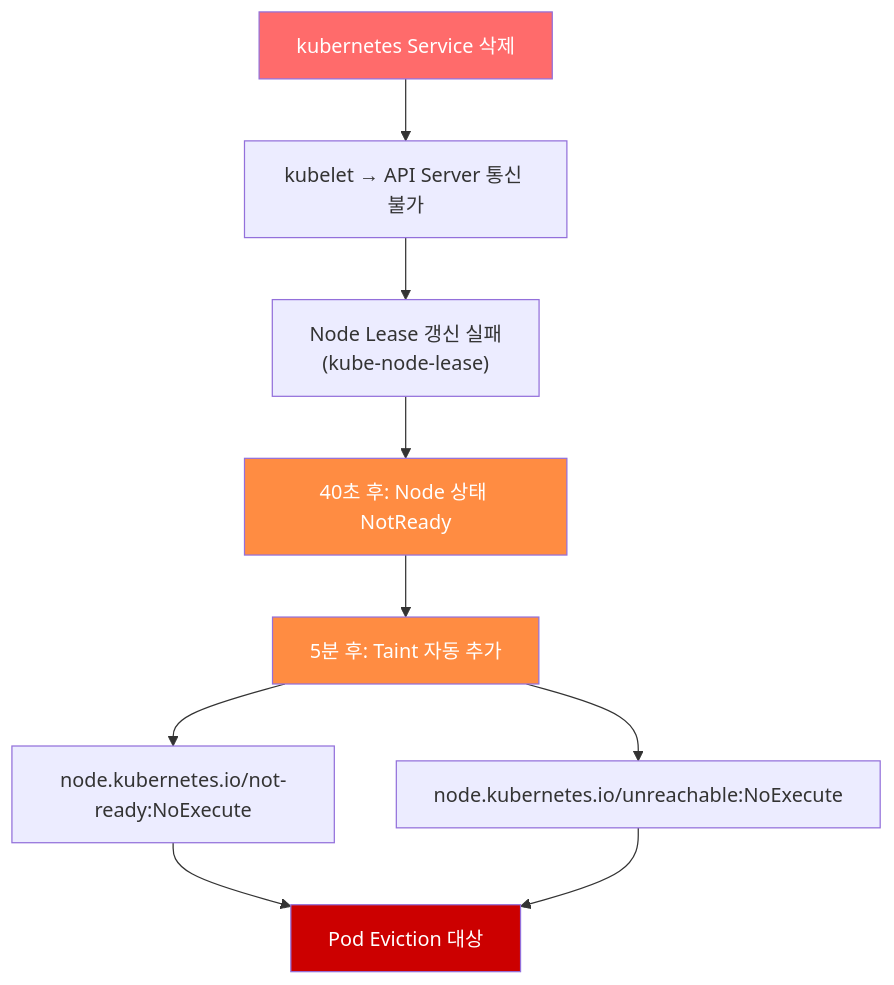
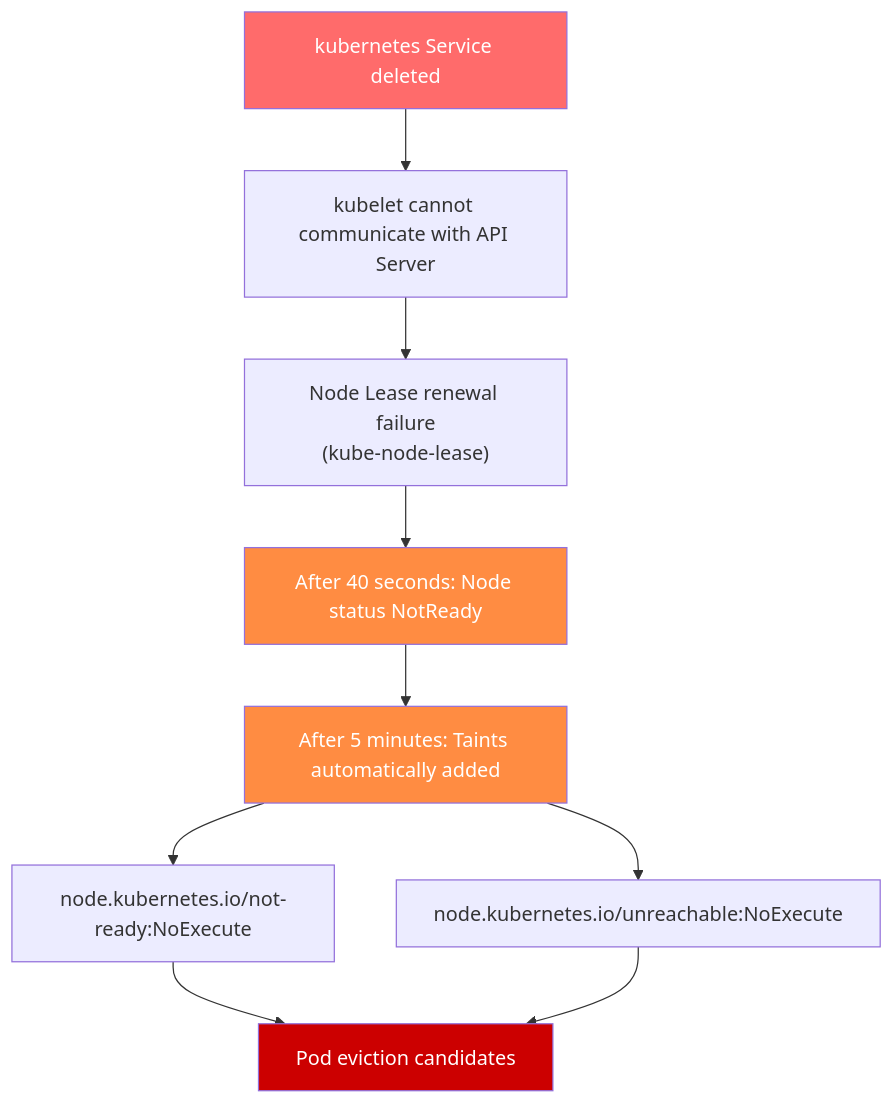
Before and after one commit to devfloor9/engineering-playbook: the second of 2 diagrams in docs/eks-best-practices/security-authn/default-namespace-incident.md, drawn with Mermaid. The commit also changed other lines of this file and 954 other files, not shown here.

````diff
--- a/docs/eks-best-practices/security-authn/default-namespace-incident.md
+++ b/docs/eks-best-practices/security-authn/default-namespace-incident.md
@@ -85,16 +85,16 @@
 ```mermaid
 flowchart TD
-    A["kubernetes Service 삭제"] --> B["kubelet → API Server 통신 불가"]
-    B --> C["Node Lease 갱신 실패<br/>(kube-node-lease)"]
-    C --> D["40초 후: Node 상태 NotReady"]
-    D --> E["5분 후: Taint 자동 추가"]
+    A["kubernetes Service deleted"] --> B["kubelet cannot communicate with API Server"]
+    B --> C["Node Lease renewal failure<br/>(kube-node-lease)"]
+    C --> D["After 40 seconds: Node status NotReady"]
+    D --> E["After 5 minutes: Taints automatically added"]
     E --> F["node.kubernetes.io/not-ready:NoExecute"]
     E --> G["node.kubernetes.io/unreachable:NoExecute"]
-    F --> H["Pod Eviction 대상"]
+    F --> H["Pod eviction candidates"]
     G --> H
 
     style A fill:#ff6b6b,color:#fff
     style D fill:#ff8c42,color:#fff
     style E fill:#ff8c42,color:#fff
     style H fill:#cc0000,color:#fff
 ```
````
